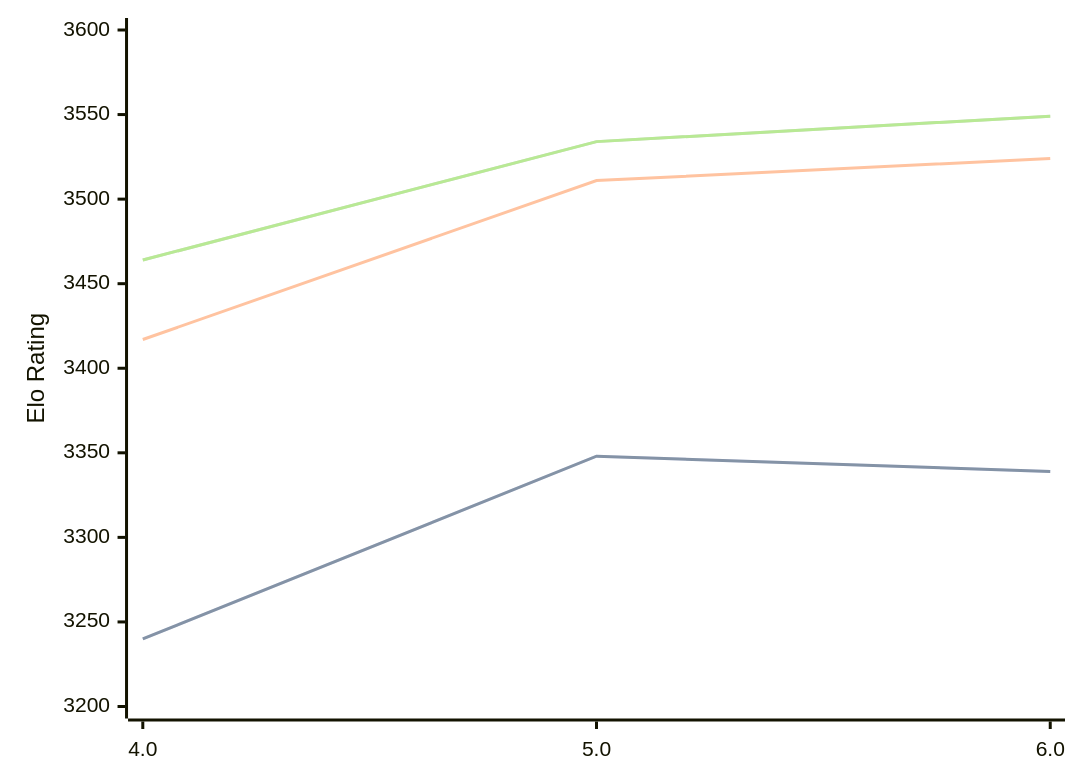
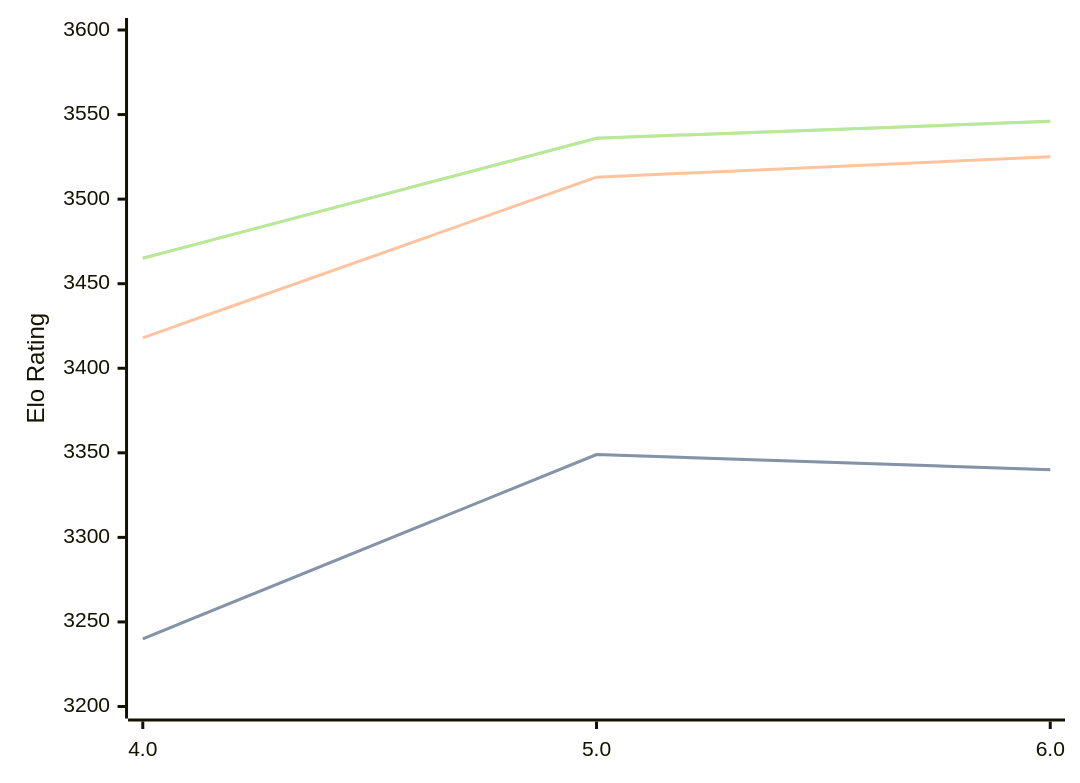
Before and after one commit to computer-chess-index/cci: the first of 3 diagrams in engines/Tarnished.md, drawn with Mermaid. The commit also changed other lines of this file, not shown here.

Commit message:
Update CCI Ratings (ELO VLTC) - 2026-06-23

````diff
--- a/engines/Tarnished.md
+++ b/engines/Tarnished.md
@@ -37,11 +37,11 @@
 ```mermaid
 %%{init: {"theme":"base","themeVariables":{"seriesColors:['#a3a3a3','#222221','#faa371']}}}%%
 xychart-beta
   x-axis ["4.0", "5.0", "6.0"]
   y-axis "Elo Rating" 3200 --> 3600
-  line "STC (8.0+0.08s)" [3240, 3348, 3339]
-  line "STC (8.0+0.08s)" [3240, 3348, 3339]
-  line "LTC (60.0+0.60s)" [3417, 3511, 3524]
-  line "VLTC (2m24s+1.12s)" [3464, 3534, 3549]
-  line "VLTC (2m24s+1.12s)" [3464, 3534, 3549]
+  line "STC (8.0+0.08s)" [3240, 3349, 3340]
+  line "STC (8.0+0.08s)" [3240, 3349, 3340]
+  line "LTC (60.0+0.60s)" [3418, 3513, 3525]
+  line "VLTC (2m24s+1.12s)" [3465, 3536, 3546]
+  line "VLTC (2m24s+1.12s)" [3465, 3536, 3546]
 ```
````
